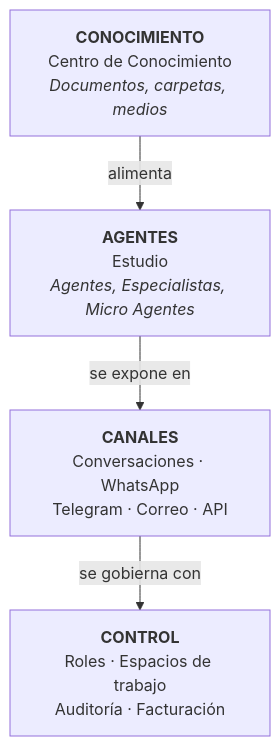
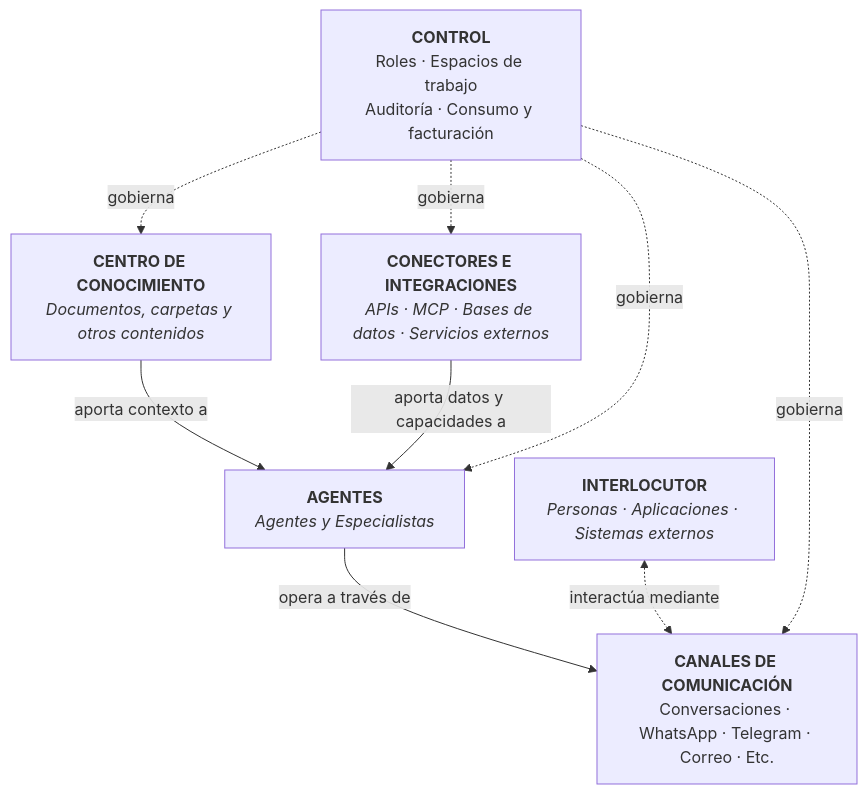
Before and after one commit to akui-solutions/consul-point-docs: the first of 4 diagrams in docs/introduccion/vision-general.md, drawn with Mermaid. The commit also changed other lines of this file and 36 other files, not shown here.

````diff
--- a/docs/introduccion/vision-general.md
+++ b/docs/introduccion/vision-general.md
@@ -17,11 +21,28 @@
 ```mermaid
 flowchart TD
-    A["<b>CONOCIMIENTO</b><br/>Centro de Conocimiento<br/><i>Documentos, carpetas, medios</i>"]
-    B["<b>AGENTES</b><br/>Estudio<br/><i>Agentes, Especialistas, Micro Agentes</i>"]
-    C["<b>CANALES</b><br/>Conversaciones · WhatsApp<br/>Telegram · Correo · API"]
-    D["<b>CONTROL</b><br/>Roles · Espacios de trabajo<br/>Auditoría · Facturación"]
 
-    A -->|alimenta| B
-    B -->|se expone en| C
-    C -->|se gobierna con| D
+    A["<b>CENTRO DE CONOCIMIENTO</b><br/><i>Documentos, carpetas y otros contenidos</i>"]
+
+    B["<b>AGENTES</b><br/><i>Agentes y Especialistas</i>"]
+
+    C["<b>CONECTORES E INTEGRACIONES</b><br/><i>APIs · MCP · Bases de datos · Servicios externos</i>"]
+
+    D["<b>CANALES DE COMUNICACIÓN</b><br/>Conversaciones · WhatsApp · Telegram · Correo · Etc."]
+
+    U["<b>INTERLOCUTOR</b><br/><i>Personas · Aplicaciones · Sistemas externos</i>"]
+
+    E["<b>CONTROL</b><br/>Roles · Espacios de trabajo<br/>Auditoría · Consumo y facturación"]
+
+    A -->|aporta contexto a| B
+
+    C -->|aporta datos y capacidades a| B
+
+    B -->|opera a través de| D
+
+    U <-.->|interactúa mediante| D
+
+    E -.->|gobierna| A
+    E -.->|gobierna| B
+    E -.->|gobierna| C
+    E -.->|gobierna| D
 ```
````
